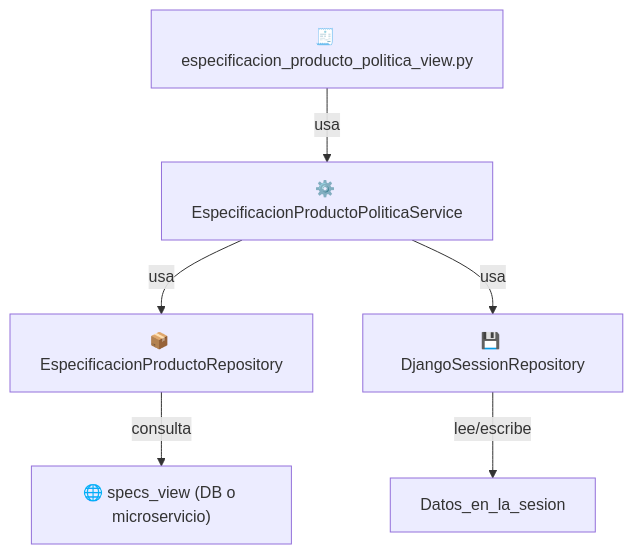
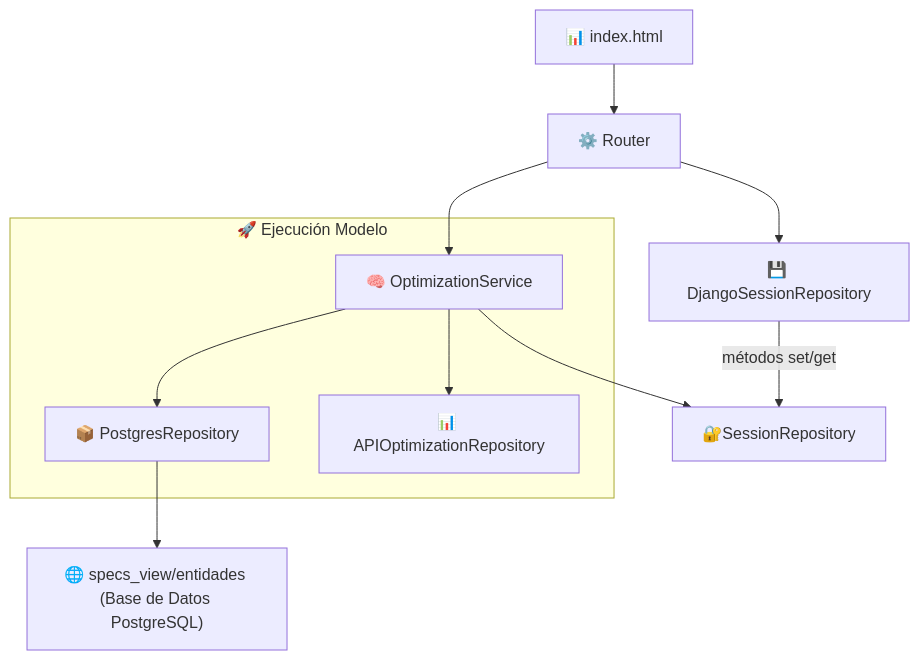
Before and after one commit to gonzadiazfrp/odp_docs: the first of 2 diagrams in README.md, drawn with Mermaid. The commit also changed other lines of this file, not shown here.

````diff
--- a/README.md
+++ b/README.md
@@ -3,16 +28,24 @@
 ```mermaid
 graph TD
-    VISTA["🧾 especificacion_producto_politica_view.py"]
-    SERVICIO["⚙️ EspecificacionProductoPoliticaService"]
-    REPOSITORIO["📦 EspecificacionProductoRepository"]
-    SESSION_REPO["💾 DjangoSessionRepository"]
-    FUENTE_DATOS["🌐 specs_view (DB o microservicio)"]
+    VISTA["📊 index.html"]
+    SERVICIO["⚙️ Router"]
+    DJ_SESSION_REPO["💾 DjangoSessionRepository"]
+    FUENTE_DATOS["🌐 specs_view/entidades (Base de Datos PostgreSQL)"]
+    SESSION_REPO["🔐SessionRepository"]
 
-    VISTA -->|usa| SERVICIO
-    SERVICIO -->|usa| REPOSITORIO
-    SERVICIO -->|usa| SESSION_REPO
-    SESSION_REPO -->|lee/escribe| Datos_en_la_sesion
-    REPOSITORIO -->|consulta| FUENTE_DATOS
+    subgraph ODP["🚀 Ejecución Modelo"]
+        OPT_SERVICE[" 🧠 OptimizationService"]
+        REPOSITORIO_DB["📦 PostgresRepository"]
+        OPT_SESSION["📊 APIOptimizationRepository"]
+        OPT_SERVICE --> REPOSITORIO_DB
+        OPT_SERVICE --> OPT_SESSION
+    end
 
+    VISTA --> SERVICIO
+    SERVICIO --> OPT_SERVICE
+    OPT_SERVICE --> SESSION_REPO
+    SERVICIO --> DJ_SESSION_REPO
+    DJ_SESSION_REPO -->|métodos set/get| SESSION_REPO
+    REPOSITORIO_DB --> FUENTE_DATOS
 
 ```
````
